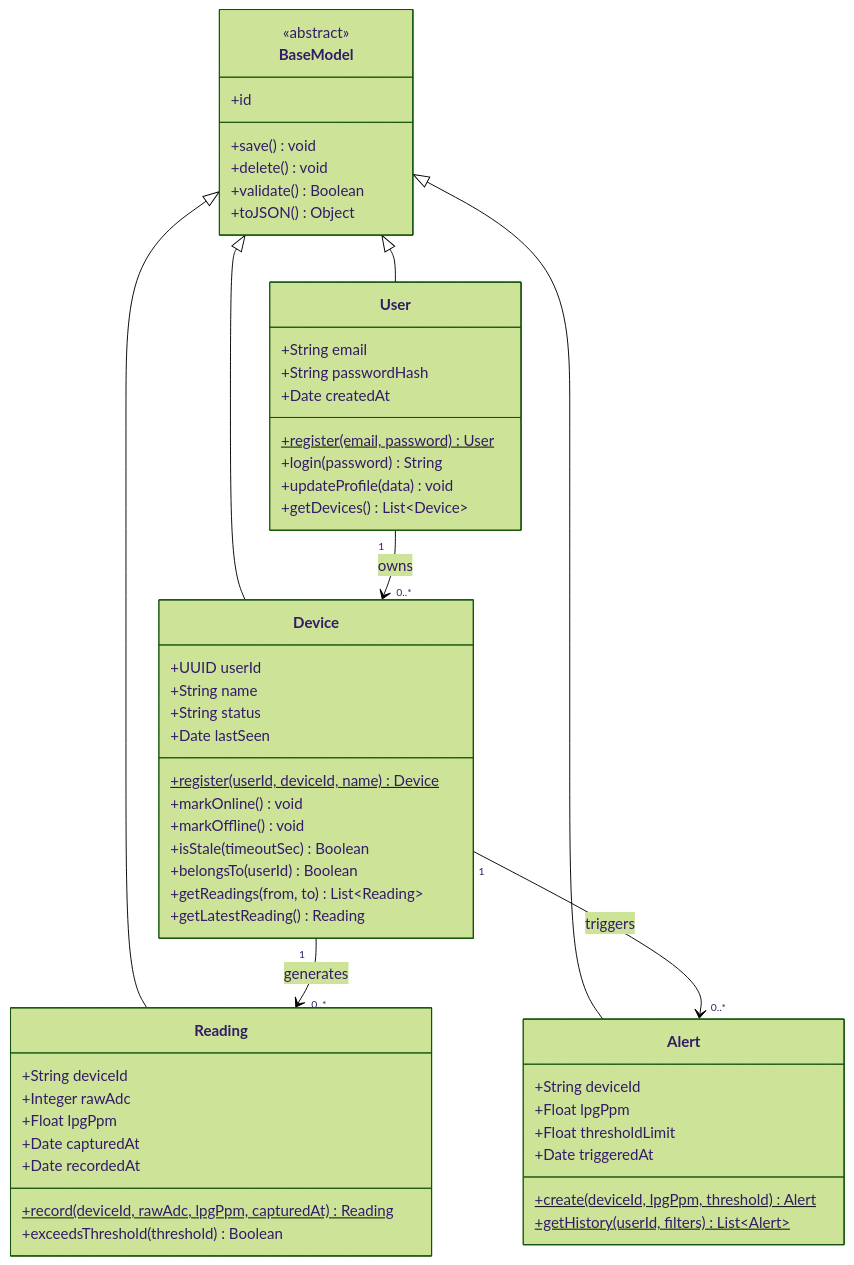
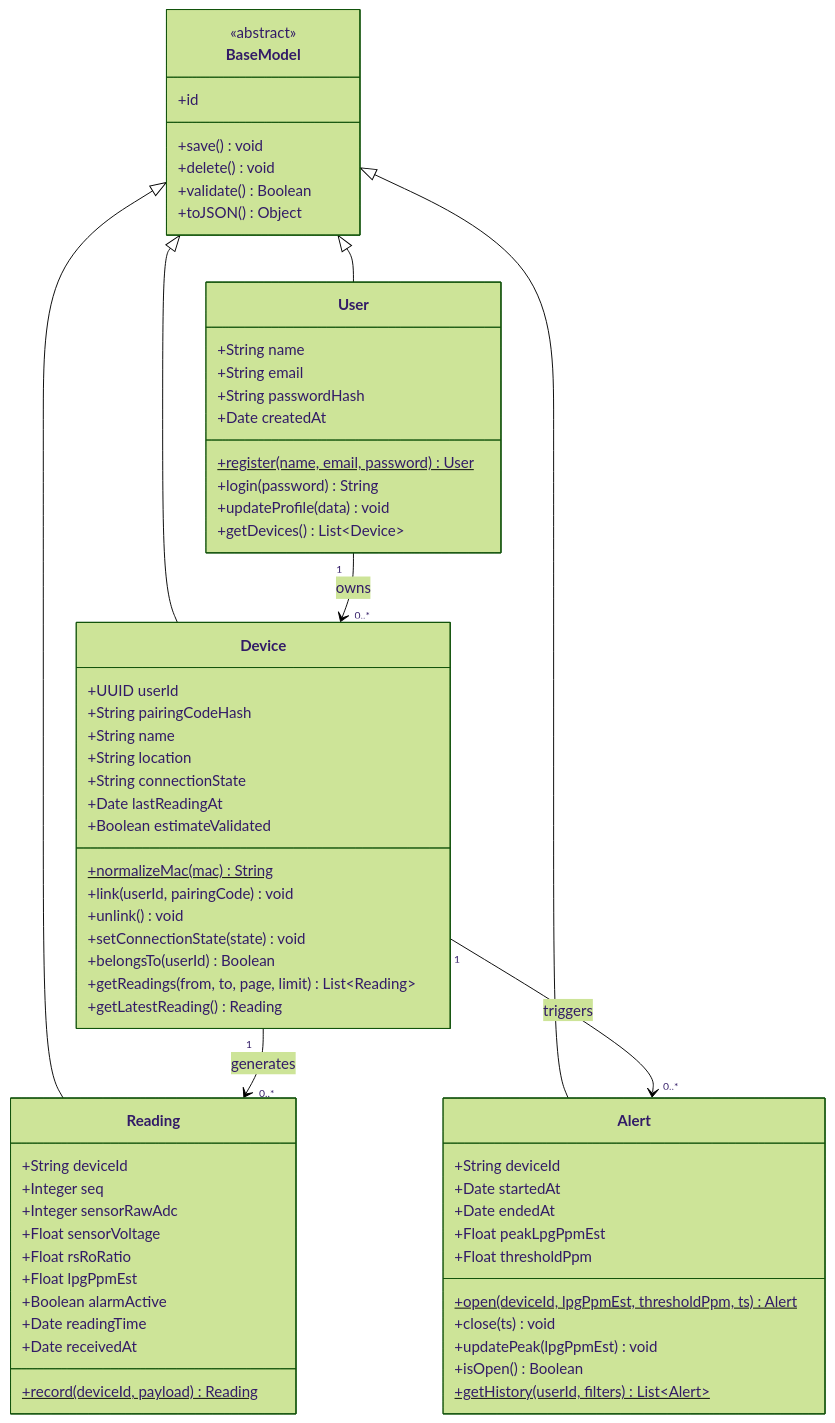
Before and after one commit to abdularhman2341/air-quality-monitoring-system: the first of 2 diagrams in docs/stage-3-Mermaid-UML-Class-Diagram.md, drawn with Mermaid (forest theme). The commit also changed other lines of this file and 14 other files, not shown here.

Commit message:
Align Stage 3 docs and diagrams with API specification

````diff
--- a/docs/stage-3-Mermaid-UML-Class-Diagram.md
+++ b/docs/stage-3-Mermaid-UML-Class-Diagram.md
@@ -9,65 +9,76 @@
 ```mermaid
 classDiagram
     direction TB
 
     class BaseModel {
         <<abstract>>
         +id
         +save() void
         +delete() void
         +validate() Boolean
         +toJSON() Object
     }
 
     class User {
+        +String name
         +String email
         +String passwordHash
         +Date createdAt
-        +register(email, password)$ User
+        +register(name, email, password)$ User
         +login(password) String
         +updateProfile(data) void
         +getDevices() List~Device~
     }
 
     class Device {
         +UUID userId
+        +String pairingCodeHash
         +String name
-        +String status
-        +Date lastSeen
-        +register(userId, deviceId, name)$ Device
-        +markOnline() void
-        +markOffline() void
-        +isStale(timeoutSec) Boolean
+        +String location
+        +String connectionState
+        +Date lastReadingAt
+        +Boolean estimateValidated
+        +normalizeMac(mac)$ String
+        +link(userId, pairingCode) void
+        +unlink() void
+        +setConnectionState(state) void
         +belongsTo(userId) Boolean
-        +getReadings(from, to) List~Reading~
+        +getReadings(from, to, page, limit) List~Reading~
         +getLatestReading() Reading
     }
 
     class Reading {
         +String deviceId
-        +Integer rawAdc
-        +Float lpgPpm
-        +Date capturedAt
-        +Date recordedAt
-        +record(deviceId, rawAdc, lpgPpm, capturedAt)$ Reading
-        +exceedsThreshold(threshold) Boolean
+        +Integer seq
+        +Integer sensorRawAdc
+        +Float sensorVoltage
+        +Float rsRoRatio
+        +Float lpgPpmEst
+        +Boolean alarmActive
+        +Date readingTime
+        +Date receivedAt
+        +record(deviceId, payload)$ Reading
     }
 
     class Alert {
         +String deviceId
-        +Float lpgPpm
-        +Float thresholdLimit
-        +Date triggeredAt
-        +create(deviceId, lpgPpm, threshold)$ Alert
+        +Date startedAt
+        +Date endedAt
+        +Float peakLpgPpmEst
+        +Float thresholdPpm
+        +open(deviceId, lpgPpmEst, thresholdPpm, ts)$ Alert
+        +close(ts) void
+        +updatePeak(lpgPpmEst) void
+        +isOpen() Boolean
         +getHistory(userId, filters)$ List~Alert~
     }
 
     BaseModel <|-- User
     BaseModel <|-- Device
     BaseModel <|-- Reading
     BaseModel <|-- Alert
 
     User "1" --> "0..*" Device : owns
     Device "1" --> "0..*" Reading : generates
     Device "1" --> "0..*" Alert : triggers
 ```
````
